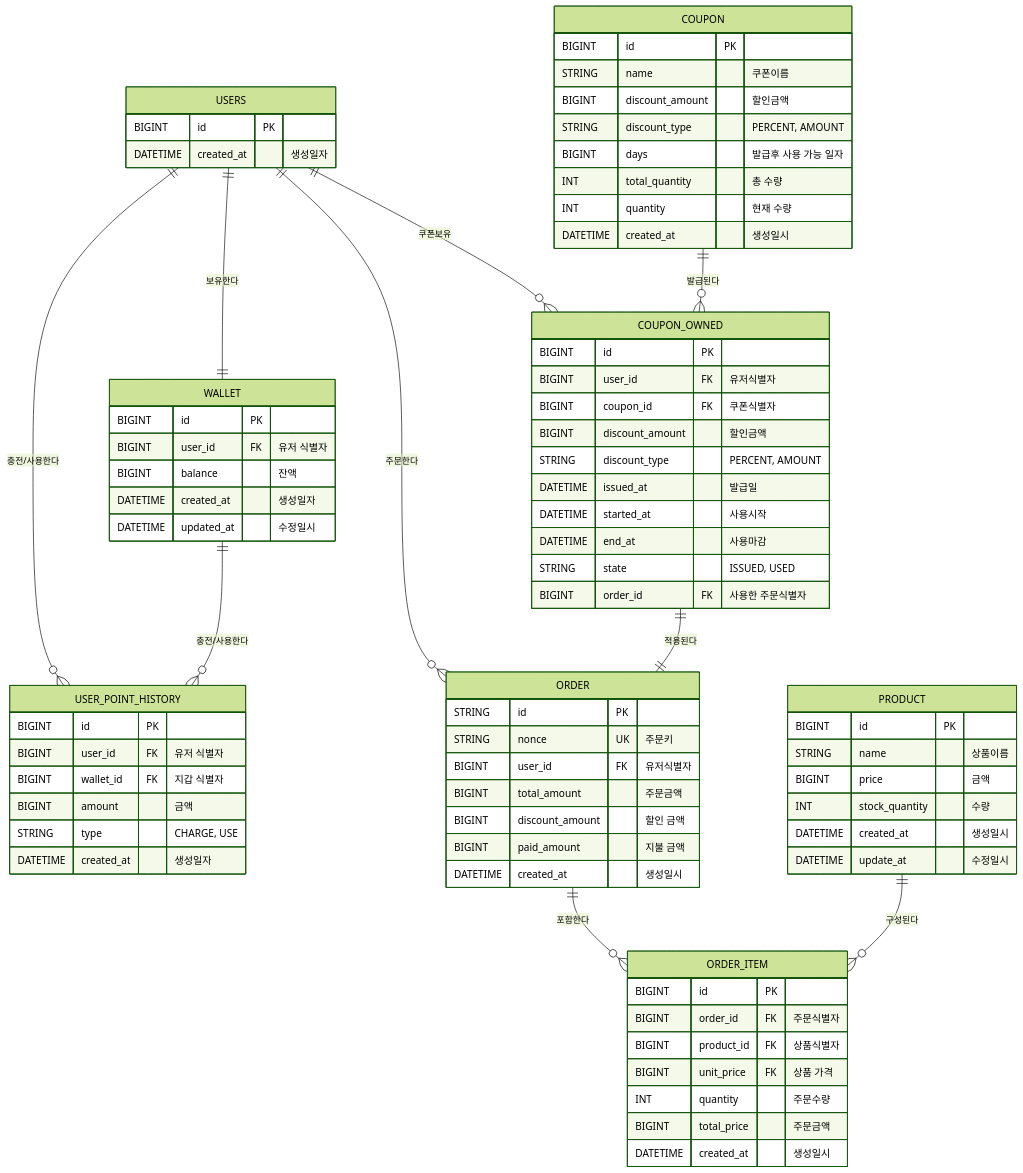
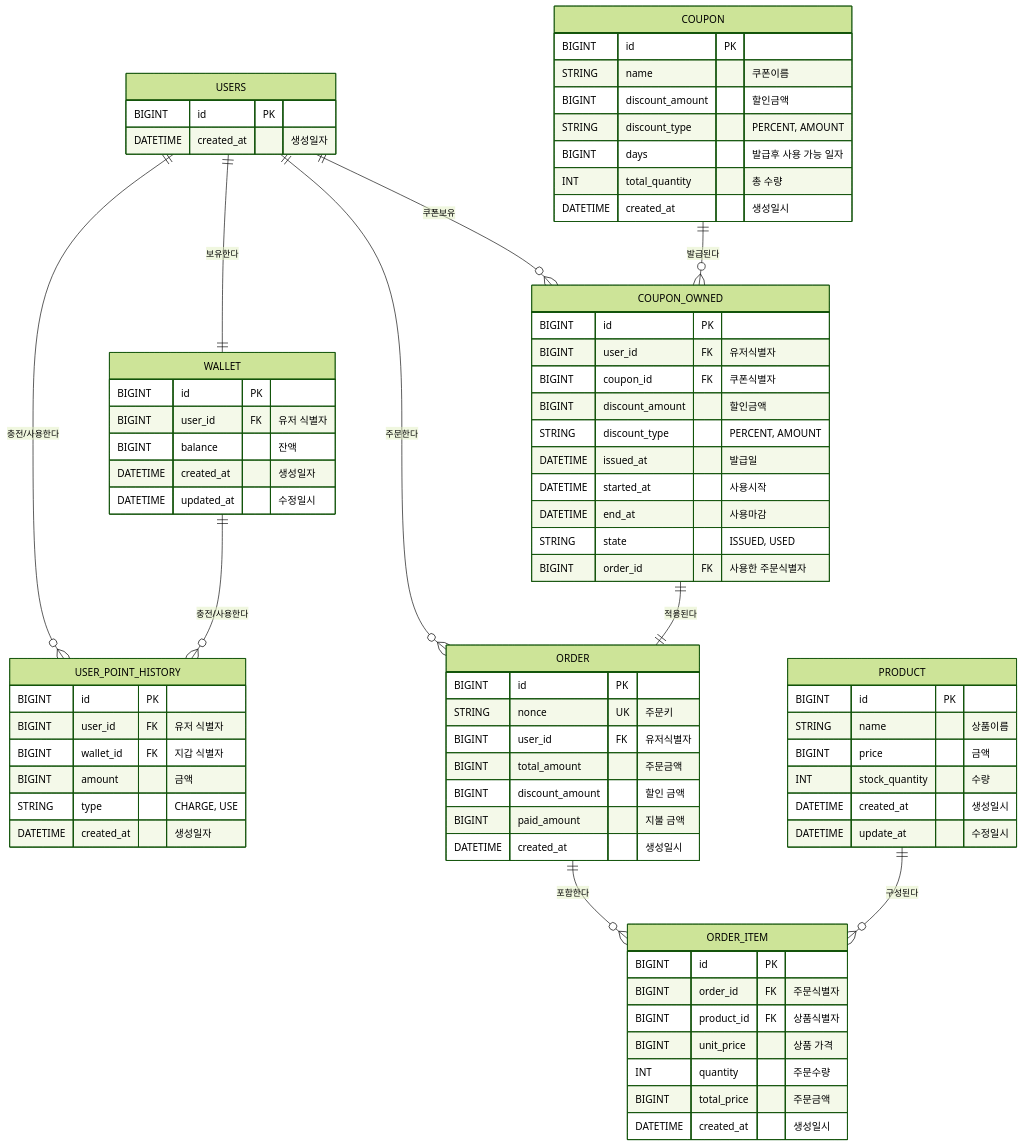
One commit to HyunJng/e-commerce changed the diagram in docs/erd-diagram.md. Above: the diagram before and after it, drawn with Mermaid (forest theme).

Commit message:
chore: 코치님 erd 리뷰 반영
- coupon 의 현재 수량은 coupon_owned를 통해 확인해볼 수 있기에 coupon에서 삭제
- order의 PK 타입 기제 오류 수정
- order_item의 fk 기제 오류 수정

```diff
--- a/docs/erd-diagram.md
+++ b/docs/erd-diagram.md
@@ -32,7 +32,7 @@
     }
 
     ORDER {
-        STRING id PK
+        BIGINT id PK
         STRING nonce UK "주문키"
         BIGINT user_id FK "유저식별자"
         BIGINT total_amount "주문금액"
@@ -45,7 +45,7 @@
         BIGINT id PK
         BIGINT order_id FK "주문식별자"
         BIGINT product_id FK "상품식별자"
-        BIGINT unit_price FK "상품 가격"
+        BIGINT unit_price  "상품 가격"
         INT quantity "주문수량"
         BIGINT total_price "주문금액"
         DATETIME created_at "생성일시"
@@ -58,7 +58,6 @@
         STRING discount_type "PERCENT, AMOUNT"
         BIGINT days "발급후 사용 가능 일자"
         INT total_quantity "총 수량"
-        INT quantity "현재 수량"
         DATETIME created_at "생성일시"
     }
 
```
